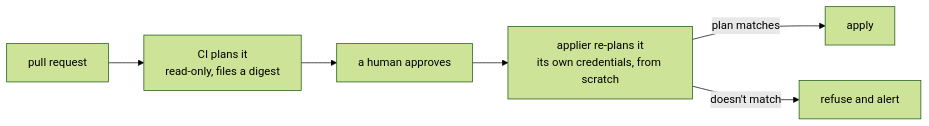
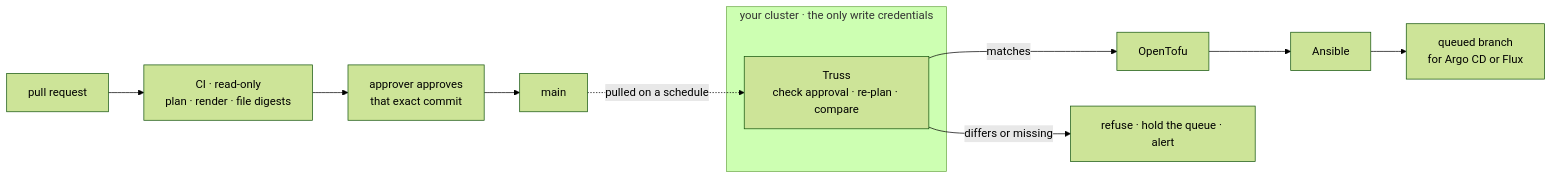
One commit to beeradb/truss changed the diagram in README.md. Above: the diagram before and after it, drawn with Mermaid (forest theme). The commit also changed other lines of this file and 3 other files, not shown here.

````diff
--- a/README.md
+++ b/README.md
@@ -22,8 +68,12 @@
 ```mermaid
 flowchart LR
-    A[pull request] --> B["CI plans it<br/>read-only, files a digest"]
-    B --> C[a human approves]
-    C --> D["applier re-plans it<br/>its own credentials, from scratch"]
-    D -->|plan matches| E[apply]
-    D -->|doesn't match| F[refuse and alert]
+    subgraph cluster ["your cluster · the only write credentials"]
+        T["Truss<br/>check approval · re-plan · compare"]
+    end
+    PR[pull request] --> CI["CI · read-only<br/>plan · render · file digests"]
+    CI --> AP["approver approves<br/>that exact commit"]
+    AP --> M[main]
+    M -. "pulled on a schedule" .-> T
+    T -->|matches| O[OpenTofu] --> A[Ansible] --> Q["queued branch<br/>for Argo CD or Flux"]
+    T -->|differs or missing| R["refuse · hold the queue · alert"]
 ```
````
